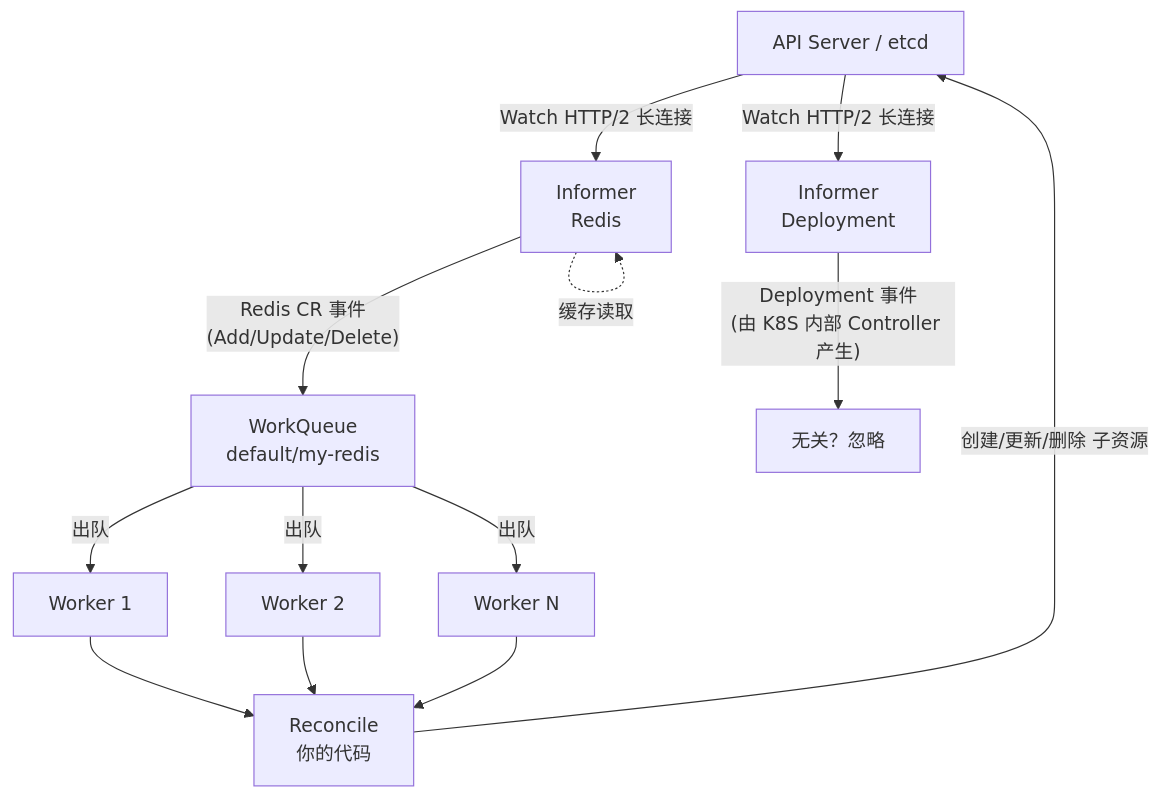
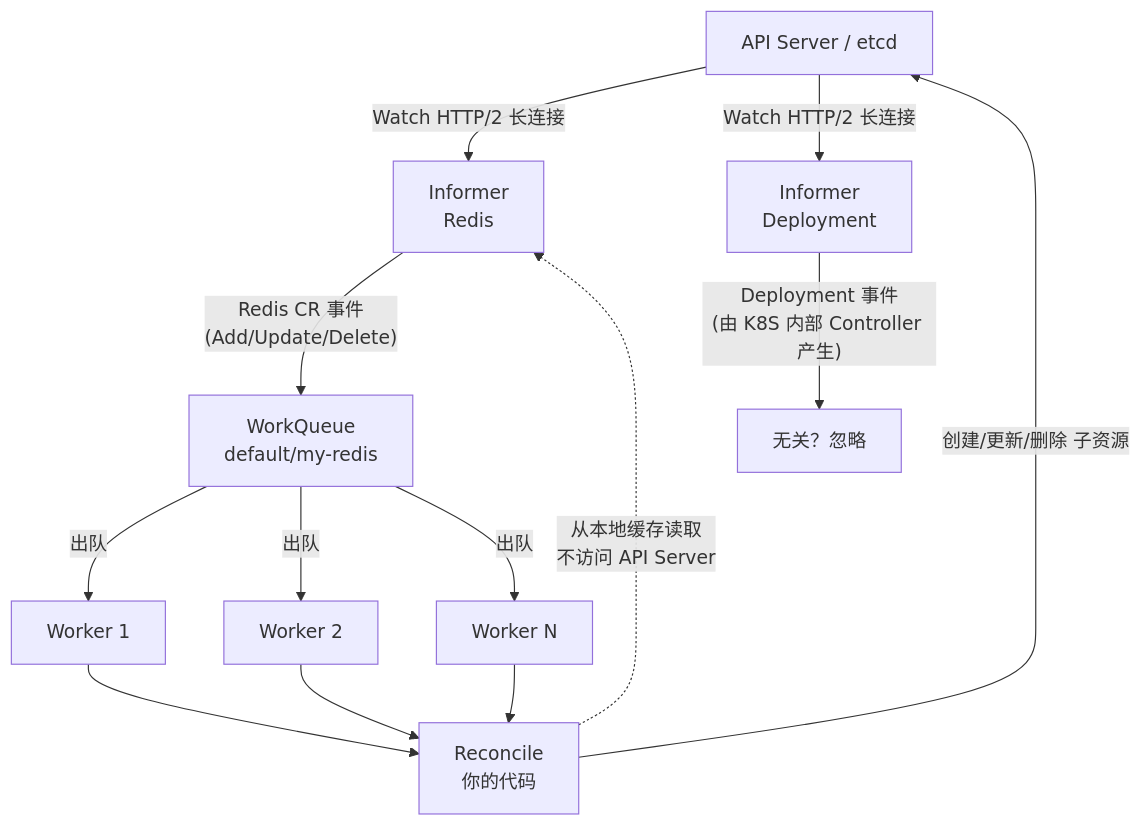
Before and after one commit to Eivs/operator-learning: the second of 2 diagrams in 04-controller-principle.md, drawn with Mermaid. The commit also changed 3 other files, not shown here.

Commit message:
fix: improve flowchart readability and enhance API design clarity

````diff
--- a/04-controller-principle.md
+++ b/04-controller-principle.md
@@ -268,22 +268,21 @@
 ```mermaid
 flowchart TB
     APIServer[API Server / etcd]
     
     APIServer -->|Watch HTTP/2 长连接| InfRedis[Informer<br/>Redis]
     APIServer -->|Watch HTTP/2 长连接| InfDeploy[Informer<br/>Deployment]
     
     InfRedis -->|"Redis CR 事件<br/>(Add/Update/Delete)"| WQ[WorkQueue<br/>default/my-redis]
     InfDeploy -->|"Deployment 事件<br/>(由 K8S 内部 Controller 产生)"| Ignore[无关？忽略]
     
-    InfRedis -.->|缓存读取| InfRedis
-    
     WQ -->|出队| Worker1[Worker 1]
     WQ -->|出队| Worker2[Worker 2]
     WQ -->|出队| WorkerN[Worker N]
     
     Worker1 --> R[Reconcile<br/>你的代码]
     Worker2 --> R
     WorkerN --> R
     
     R -->|创建/更新/删除 子资源| APIServer
+    R -.->|从本地缓存读取<br/>不访问 API Server| InfRedis
 ```
````
